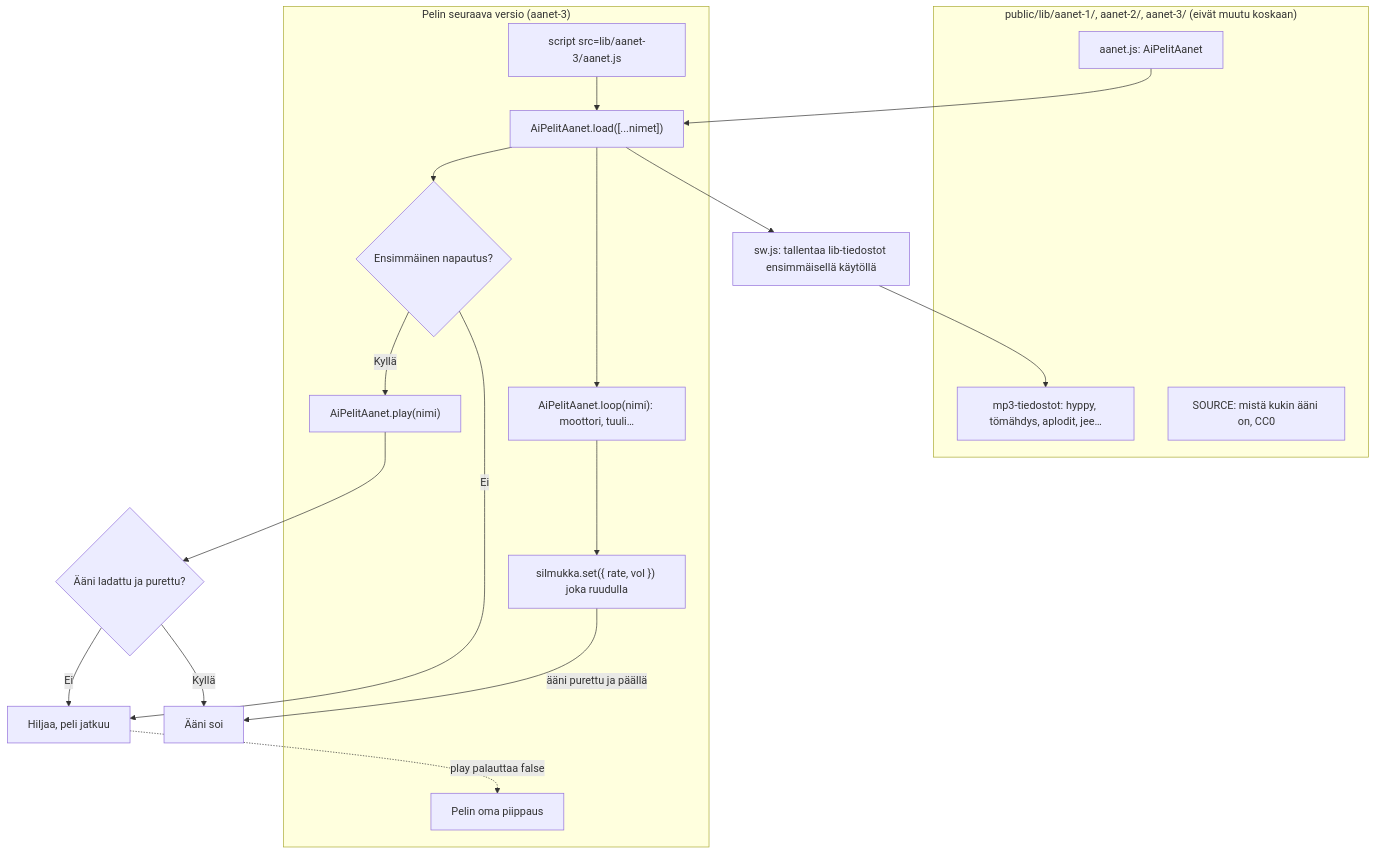
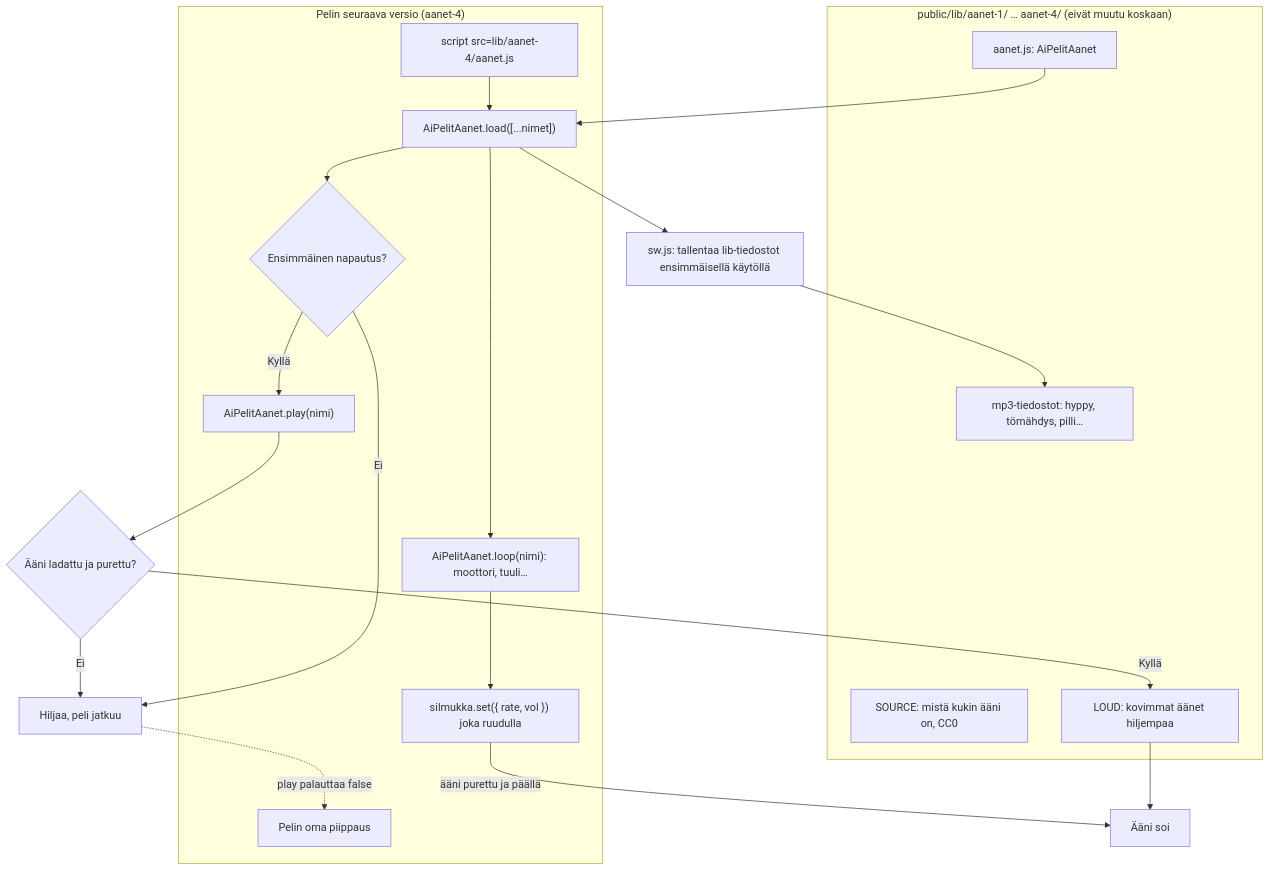
The diagram in docs/diagrams/aanikirjasto.md (eerovil/ai-pelit), drawn with Mermaid before and after one commit. The commit also changed other lines of this file and 137 other files, not shown here.

First line of the commit message:
No crowd noise, loud sounds quieter: aanet-4 and 29 new game versions (#337)

````diff
--- a/docs/diagrams/aanikirjasto.md
+++ b/docs/diagrams/aanikirjasto.md
@@ -7,36 +8,37 @@
 ```mermaid
 flowchart TD
-  subgraph Kirjasto["public/lib/aanet-1/, aanet-2/, aanet-3/ (eivät muutu koskaan)"]
-    files["mp3-tiedostot: hyppy, tömähdys, aplodit, jee…"]
+  subgraph Kirjasto["public/lib/aanet-1/ … aanet-4/ (eivät muutu koskaan)"]
+    files["mp3-tiedostot: hyppy, tömähdys, pilli…"]
     lista["SOURCE: mistä kukin ääni on, CC0"]
     js["aanet.js: AiPelitAanet"]
+    loud["LOUD: kovimmat äänet hiljempaa"]
   end
-  subgraph Peli["Pelin seuraava versio (aanet-3)"]
-    tag["script src=lib/aanet-3/aanet.js"]
+  subgraph Peli["Pelin seuraava versio (aanet-4)"]
+    tag["script src=lib/aanet-4/aanet.js"]
     load["AiPelitAanet.load([...nimet])"]
     tap{"Ensimmäinen napautus?"}
     play["AiPelitAanet.play(nimi)"]
     loop["AiPelitAanet.loop(nimi): moottori, tuuli…"]
     set["silmukka.set({ rate, vol }) joka ruudulla"]
     beep["Pelin oma piippaus"]
   end
   sw["sw.js: tallentaa lib-tiedostot ensimmäisellä käytöllä"]
   ok{"Ääni ladattu ja purettu?"}
   soi["Ääni soi"]
   hiljaa["Hiljaa, peli jatkuu"]
   tag --> load --> tap
   tap -- Kyllä --> play --> ok
   tap -- Ei --> hiljaa
-  ok -- Kyllä --> soi
+  ok -- Kyllä --> loud --> soi
   ok -- Ei --> hiljaa
   load --> loop --> set
   set -- ääni purettu ja päällä --> soi
   hiljaa -. play palauttaa false .-> beep
   load --> sw --> files
   js --> load
-  class files,lista,js teal
+  class files,lista,js,loud teal
   class tag,load,play,loop,set blue
   class tap,ok amber
   class sw violet
   class soi,hiljaa,beep green
 ```
````
